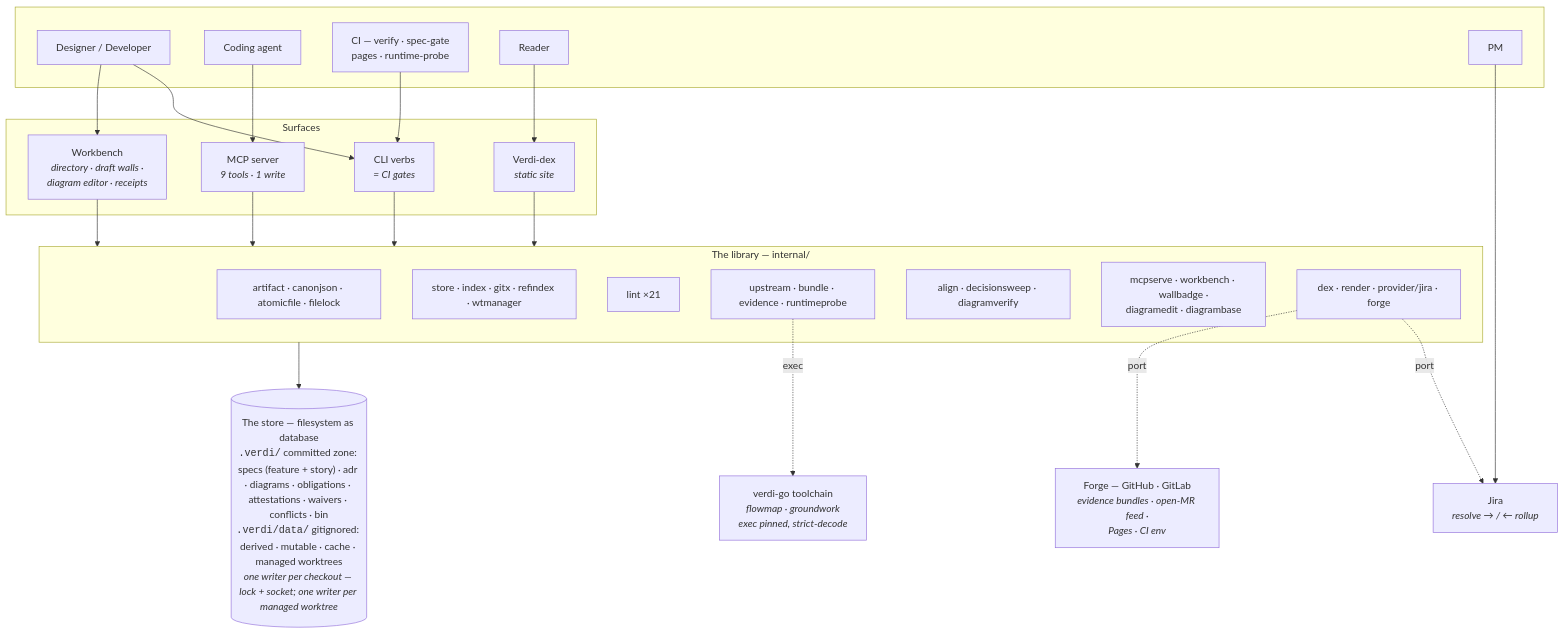
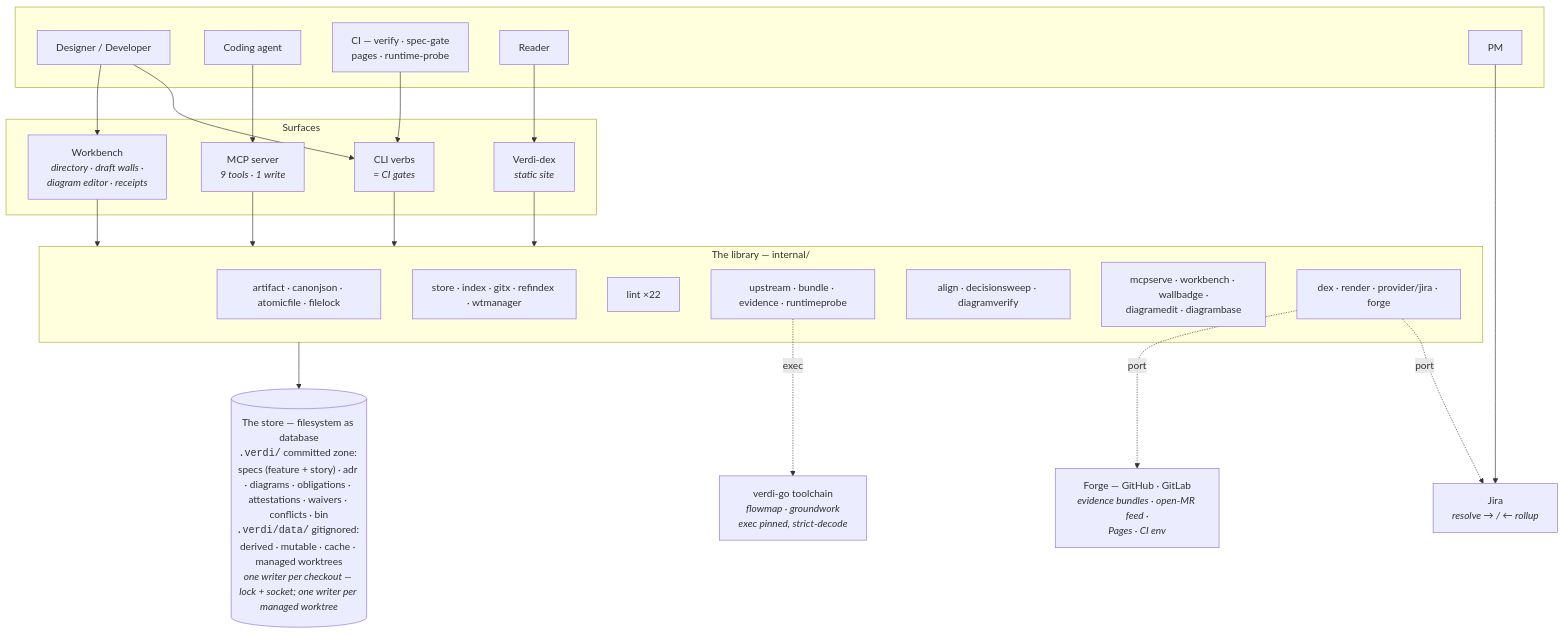
One commit to jyang234/verdi changed the first of 3 diagrams in docs/architecture-and-journeys.md. Above: the diagram before and after it, drawn with Mermaid. The commit also changed other lines of this file, not shown here.

First line of the commit message:
docs: cover the round's shipped surfaces in architecture-and-journeys (VL-022, attest, preflight, family links)

````diff
--- a/docs/architecture-and-journeys.md
+++ b/docs/architecture-and-journeys.md
@@ -47,50 +47,50 @@
 ```mermaid
 flowchart TD
     subgraph actors [" "]
         DEV["Designer / Developer"]
         AGENT["Coding agent"]
         CI["CI — verify · spec-gate<br/>pages · runtime-probe"]
         READER["Reader"]
         PM["PM"]
     end
 
     subgraph surfaces ["Surfaces"]
         WB["Workbench<br/><i>directory · draft walls ·<br/>diagram editor · receipts</i>"]
         MCP["MCP server<br/><i>9 tools · 1 write</i>"]
         CLI["CLI verbs<br/><i>= CI gates</i>"]
         DEX["Verdi-dex<br/><i>static site</i>"]
     end
 
     subgraph lib ["The library — internal/"]
         L1["artifact · canonjson · atomicfile · filelock"]
         L2["store · index · gitx · refindex · wtmanager"]
-        L3["lint ×21"]
+        L3["lint ×22"]
         L4["upstream · bundle · evidence · runtimeprobe"]
         L5["align · decisionsweep · diagramverify"]
         L6["mcpserve · workbench · wallbadge ·<br/>diagramedit · diagrambase"]
         L7["dex · render · provider/jira · forge"]
     end
 
     STORE[("The store — filesystem as database<br/><code>.verdi/</code> committed zone: specs (feature + story) · adr · diagrams · obligations · attestations · waivers · conflicts · bin<br/><code>.verdi/data/</code> gitignored: derived · mutable · cache · managed worktrees<br/><i>one writer per checkout — lock + socket; one writer per managed worktree</i>")]
 
     TOOLCHAIN["verdi-go toolchain<br/><i>flowmap · groundwork<br/>exec pinned, strict-decode</i>"]
     FORGE["Forge — GitHub · GitLab<br/><i>evidence bundles · open-MR feed ·<br/>Pages · CI env</i>"]
     JIRA["Jira<br/><i>resolve → / ← rollup</i>"]
 
     DEV --> WB
     DEV --> CLI
     AGENT --> MCP
     CI --> CLI
     READER --> DEX
     PM --> JIRA
 
     WB --> lib
     MCP --> lib
     CLI --> lib
     DEX --> lib
     lib --> STORE
 
     L4 -.exec.-> TOOLCHAIN
     L7 -.port.-> FORGE
     L7 -.port.-> JIRA
 ```
````
